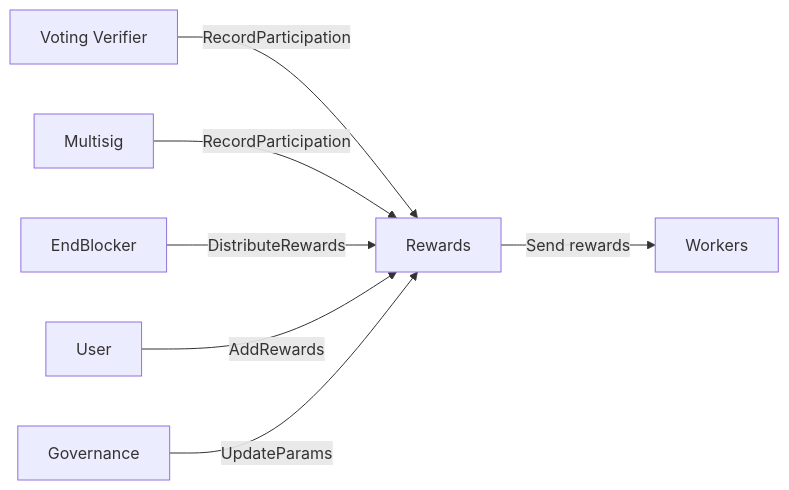
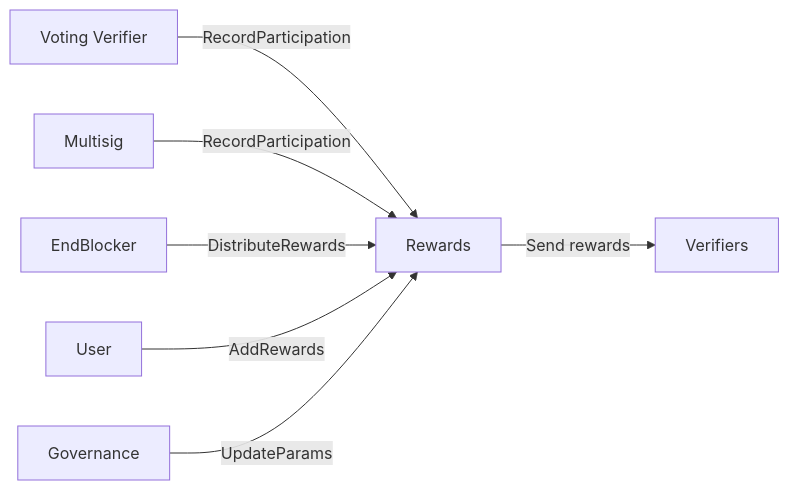
One commit to axelarnetwork/axelar-amplifier changed the first of 3 diagrams in doc/src/contracts/rewards.md. Above: the diagram before and after it, drawn with Mermaid. The commit also changed other lines of this file and 7 other files, not shown here.

Commit message:
rename workers to verifiers

````diff
--- a/doc/src/contracts/rewards.md
+++ b/doc/src/contracts/rewards.md
@@ -3,17 +3,17 @@
 ```mermaid
 graph LR
 V[Voting Verifier]
 M[Multisig]
 R[Rewards]
 E[EndBlocker]
 U[User]
-W[Workers]
+W[Verifiers]
 G[Governance]
 
 V--RecordParticipation-->R
 M--RecordParticipation-->R
 E--DistributeRewards-->R
 U--AddRewards-->R
 G--UpdateParams-->R
 R--Send rewards-->W
 ```
````
